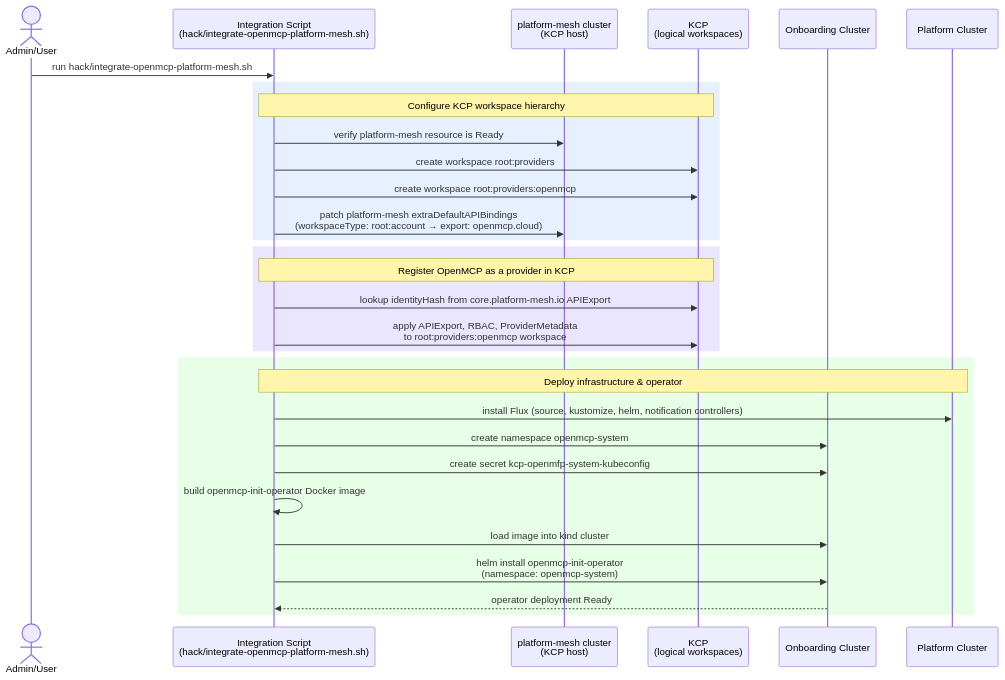
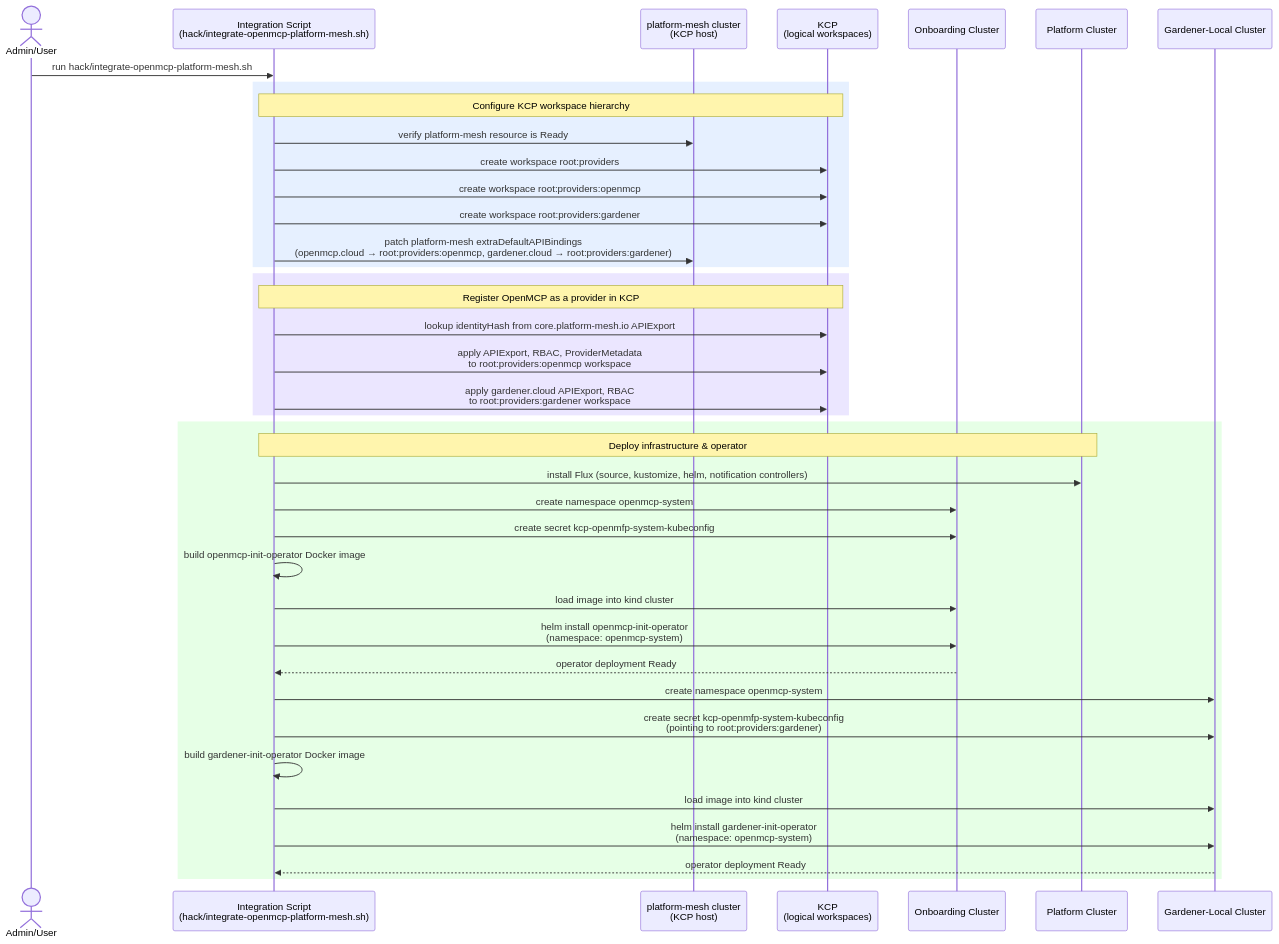
Before and after one commit to openmcp-project/local-event-showcase: the first of 3 diagrams in concept.md, drawn with Mermaid. The commit also changed other lines of this file and 19 other files, not shown here.

First line of the commit message:
feat(demo): build api-syncagent locally and move gardener API to own provider workspace

````diff
--- a/concept.md
+++ b/concept.md
@@ -21,39 +21,48 @@
 ```mermaid
 sequenceDiagram
     actor Admin as Admin/User
     participant Script as Integration Script<br/>(hack/integrate-openmcp-platform-mesh.sh)
     participant PlatformMesh as platform-mesh cluster<br/>(KCP host)
     participant KCP as KCP<br/>(logical workspaces)
     participant Onboarding as Onboarding Cluster
     participant Platform as Platform Cluster
+    participant GardenerLocal as Gardener-Local Cluster
 
     Admin->>Script: run hack/integrate-openmcp-platform-mesh.sh
 
     rect rgb(230, 240, 255)
         Note over Script,KCP: Configure KCP workspace hierarchy
 
         Script->>PlatformMesh: verify platform-mesh resource is Ready
         Script->>KCP: create workspace root:providers
         Script->>KCP: create workspace root:providers:openmcp
-        Script->>PlatformMesh: patch platform-mesh extraDefaultAPIBindings<br/>(workspaceType: root:account → export: openmcp.cloud)
+        Script->>KCP: create workspace root:providers:gardener
+        Script->>PlatformMesh: patch platform-mesh extraDefaultAPIBindings<br/>(openmcp.cloud → root:providers:openmcp, gardener.cloud → root:providers:gardener)
     end
 
     rect rgb(235, 230, 255)
         Note over Script,KCP: Register OpenMCP as a provider in KCP
 
         Script->>KCP: lookup identityHash from core.platform-mesh.io APIExport
         Script->>KCP: apply APIExport, RBAC, ProviderMetadata<br/>to root:providers:openmcp workspace
+        Script->>KCP: apply gardener.cloud APIExport, RBAC<br/>to root:providers:gardener workspace
     end
 
     rect rgb(230, 255, 230)
         Note over Script,Platform: Deploy infrastructure & operator
 
         Script->>Platform: install Flux (source, kustomize, helm, notification controllers)
         Script->>Onboarding: create namespace openmcp-system
         Script->>Onboarding: create secret kcp-openmfp-system-kubeconfig
         Script->>Script: build openmcp-init-operator Docker image
         Script->>Onboarding: load image into kind cluster
         Script->>Onboarding: helm install openmcp-init-operator<br/>(namespace: openmcp-system)
         Onboarding-->>Script: operator deployment Ready
+        Script->>GardenerLocal: create namespace openmcp-system
+        Script->>GardenerLocal: create secret kcp-openmfp-system-kubeconfig<br/>(pointing to root:providers:gardener)
+        Script->>Script: build gardener-init-operator Docker image
+        Script->>GardenerLocal: load image into kind cluster
+        Script->>GardenerLocal: helm install gardener-init-operator<br/>(namespace: openmcp-system)
+        GardenerLocal-->>Script: operator deployment Ready
     end
 ```
````
